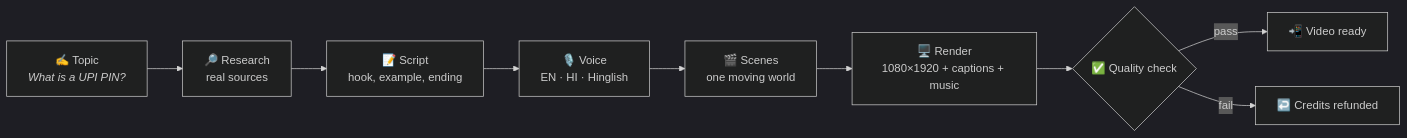
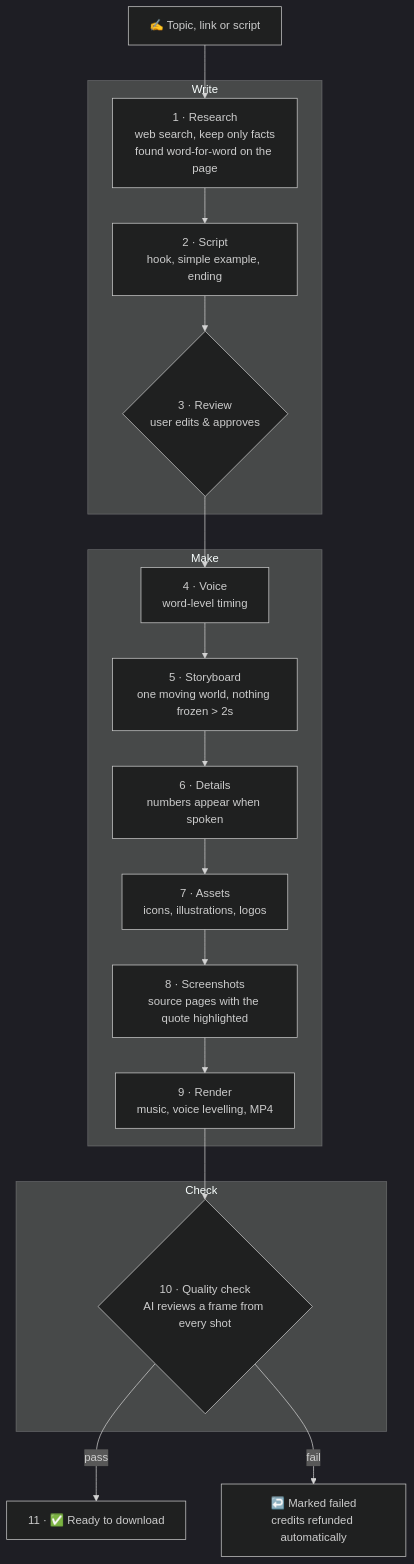
One commit to shivamlaur022/motionmint-showcase changed the first of 4 diagrams in README.md. Above: the diagram before and after it, drawn with Mermaid (dark theme). The commit also changed other lines of this file, not shown here.

Commit message:
Detailed product docs, module-by-module pages, infrastructure and flow diagrams

````diff
--- a/README.md
+++ b/README.md
@@ -39,11 +53,26 @@
 ```mermaid
-flowchart LR
-    T["✍️ Topic<br/><i>What is a UPI PIN?</i>"] --> R[🔎 Research<br/>real sources]
-    R --> S[📝 Script<br/>hook, example, ending]
-    S --> V[🎙️ Voice<br/>EN · HI · Hinglish]
-    V --> B[🎬 Scenes<br/>one moving world]
-    B --> X[🖥️ Render<br/>1080×1920 + captions + music]
-    X --> Q{✅ Quality check}
-    Q -- pass --> U[📲 Video ready]
-    Q -- fail --> F[↩️ Credits refunded]
+flowchart TB
+    IN["✍️ Topic, link or script"] --> R1
+
+    subgraph WRITE["Write"]
+        R1[1 · Research<br/>web search, keep only facts<br/>found word-for-word on the page]
+        R1 --> R2[2 · Script<br/>hook, simple example, ending]
+        R2 --> R3{3 · Review<br/>user edits & approves}
+    end
+
+    subgraph MAKE["Make"]
+        R3 --> R4[4 · Voice<br/>word-level timing]
+        R4 --> R5[5 · Storyboard<br/>one moving world, nothing frozen > 2s]
+        R5 --> R6[6 · Details<br/>numbers appear when spoken]
+        R6 --> R7[7 · Assets<br/>icons, illustrations, logos]
+        R7 --> R8[8 · Screenshots<br/>source pages with the quote highlighted]
+        R8 --> R9[9 · Render<br/>music, voice levelling, MP4]
+    end
+
+    subgraph CHECK["Check"]
+        R9 --> R10{10 · Quality check<br/>AI reviews a frame from every shot}
+    end
+
+    R10 -- pass --> OK[11 · ✅ Ready to download]
+    R10 -- fail --> RF[↩️ Marked failed<br/>credits refunded automatically]
 ```
````
